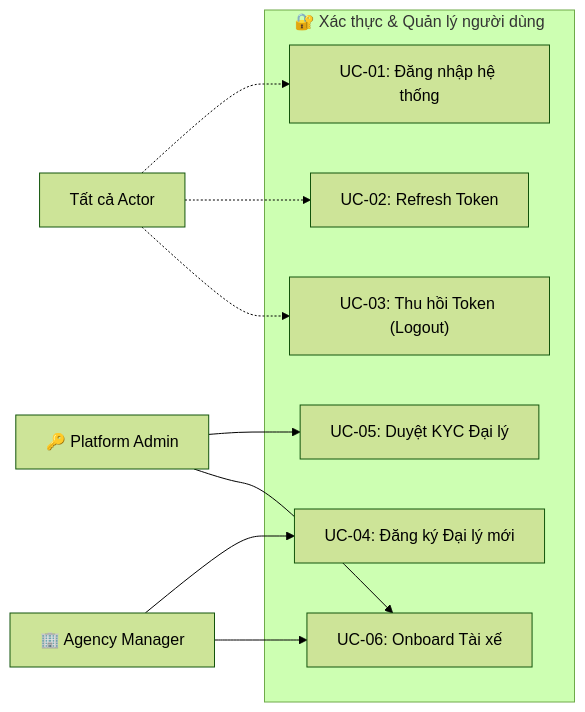
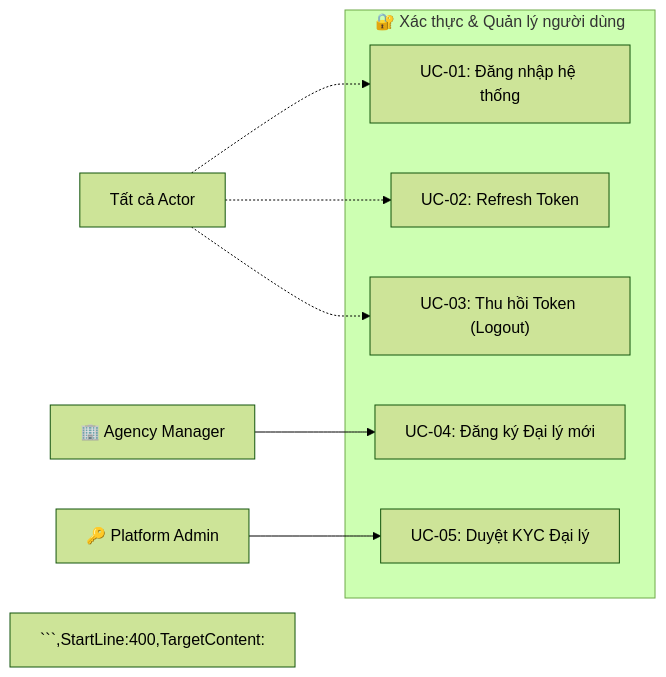
Before and after one commit to thanh-16/B2B_Tour: diagram 12 of 24 in docs/actors.md, drawn with Mermaid (forest theme). The commit also changed other lines of this file and 1 other file, not shown here.

````diff
--- a/docs/actors.md
+++ b/docs/actors.md
@@ -411,19 +398,17 @@
 ```mermaid
 graph LR
     subgraph UC_Auth["🔐 Xác thực & Quản lý người dùng"]
         UC01["UC-01: Đăng nhập hệ thống"]
         UC02["UC-02: Refresh Token"]
         UC03["UC-03: Thu hồi Token (Logout)"]
         UC04["UC-04: Đăng ký Đại lý mới"]
         UC05["UC-05: Duyệt KYC Đại lý"]
-        UC06["UC-06: Onboard Tài xế"]
     end
 
     ALL["Tất cả Actor"] -.-> UC01
     ALL -.-> UC02
     ALL -.-> UC03
     PA["🔑 Platform Admin"] --> UC05
-    PA --> UC06
     AM["🏢 Agency Manager"] --> UC04
-    AM --> UC06
+```,StartLine:400,TargetContent:
 ```
````
